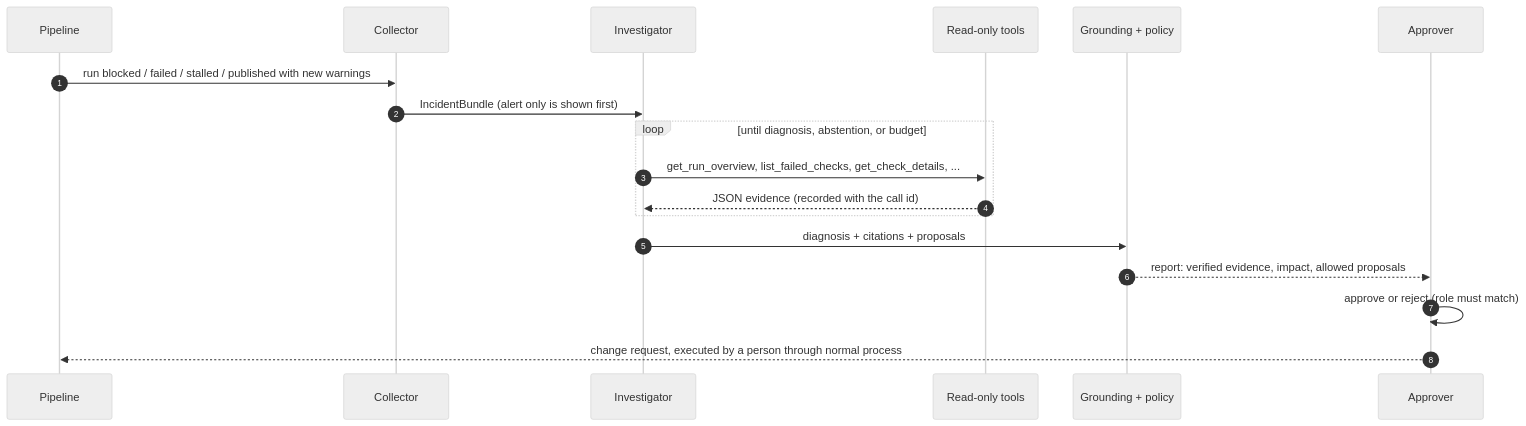
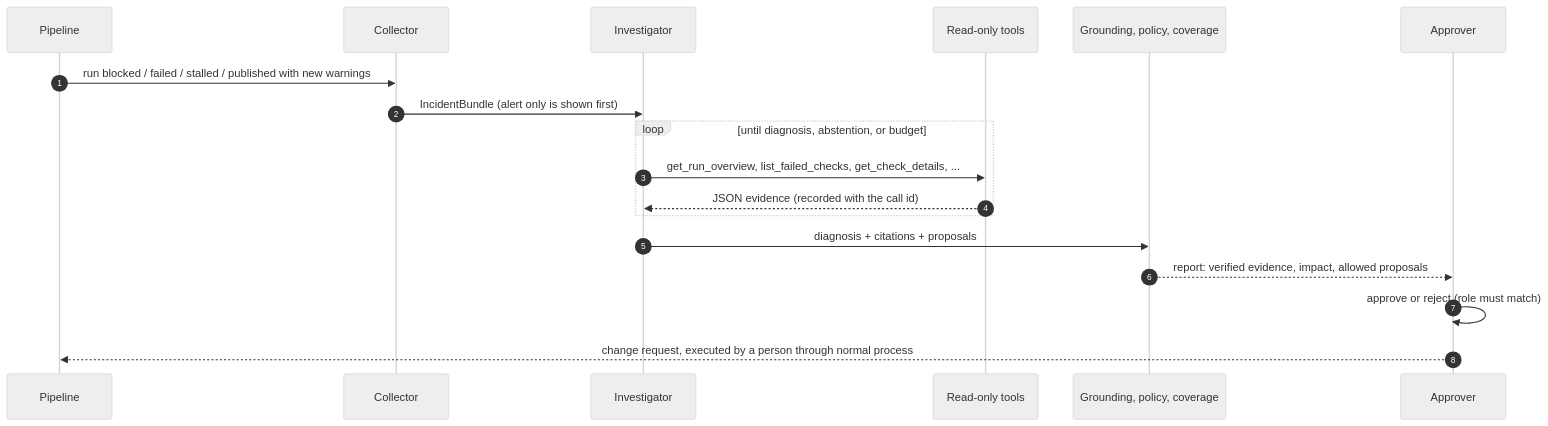
One commit to KilgoreC1024/healthcare-data-reliability-copilot changed the second of 2 diagrams in docs/architecture.md. Above: the diagram before and after it, drawn with Mermaid (neutral theme). The commit also changed other lines of this file and 20 other files, not shown here.

````diff
--- a/docs/architecture.md
+++ b/docs/architecture.md
@@ -52,20 +54,20 @@
 ```mermaid
 sequenceDiagram
     autonumber
     participant P as Pipeline
     participant Col as Collector
     participant Inv as Investigator
     participant Tools as Read-only tools
-    participant G as Grounding + policy
+    participant G as Grounding, policy, coverage
     participant H as Approver
     P->>Col: run blocked / failed / stalled / published with new warnings
     Col->>Inv: IncidentBundle (alert only is shown first)
     loop until diagnosis, abstention, or budget
         Inv->>Tools: get_run_overview, list_failed_checks, get_check_details, ...
         Tools-->>Inv: JSON evidence (recorded with the call id)
     end
     Inv->>G: diagnosis + citations + proposals
     G-->>H: report: verified evidence, impact, allowed proposals
     H->>H: approve or reject (role must match)
     H-->>P: change request, executed by a person through normal process
 ```
````
